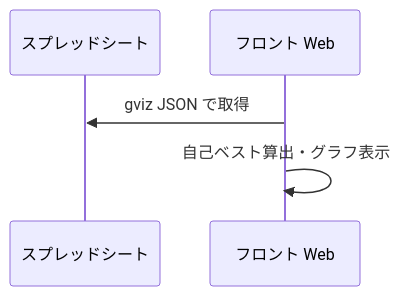
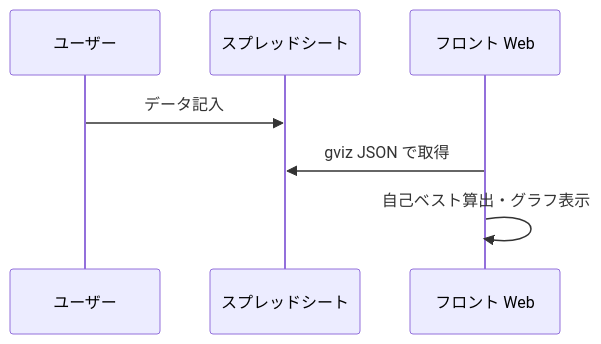
Before and after one commit to naoiw/big3-record: the diagram in README.md, drawn with Mermaid.

Commit message:
docs : シーケンス図を更新

````diff
--- a/README.md
+++ b/README.md
@@ -7,7 +7,9 @@
 ```mermaid
 sequenceDiagram
+  participant User as ユーザー
   participant Sheet as スプレッドシート
   participant Front as フロント Web
+  User->>Sheet: データ記入
   Front->>Sheet: gviz JSON で取得
   Front->>Front: 自己ベスト算出・グラフ表示
 ```
````
